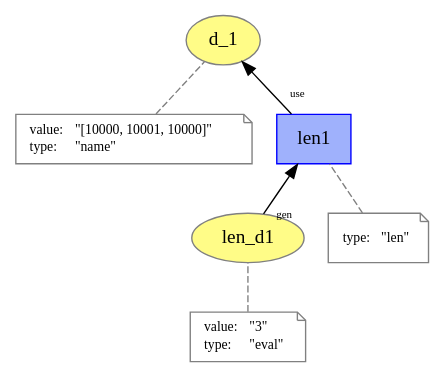
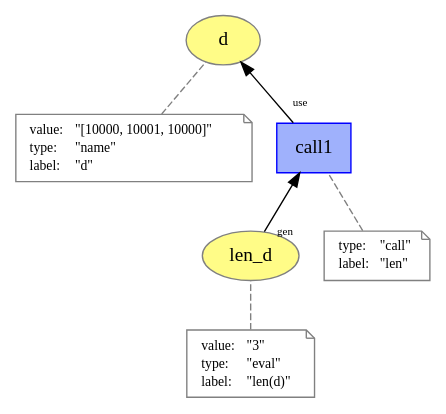
One commit to dew-uff/versioned-prov changed the diagram in plain_prov/call.dot. Above: the diagram before and after it, drawn with Graphviz. The commit also changed 51 other files, not shown here.

```diff
--- a/plain_prov/call.dot
+++ b/plain_prov/call.dot
@@ -1,36 +1,48 @@
 digraph "PROV" { size="16,12"; rankdir="BT";
-"http://example.org/d_1" [fillcolor="#FFFC87",color="#808080",style="filled",label="d_1",URL="http://example.org/d_1"]
+"http://example.org/d" [fillcolor="#FFFC87",color="#808080",style="filled",label="d",URL="http://example.org/d"]
 "-attrs0" [color="gray",shape="note",fontsize="10",fontcolor="black",label=<<TABLE cellpadding="0" border="0">
 	<TR>
 	    <TD align="left">value:</TD>
 	    <TD align="left">&quot;[10000, 10001, 10000]&quot;</TD>
 	</TR>
 	<TR>
 	    <TD align="left">type:</TD>
 	    <TD align="left">&quot;name&quot;</TD>
 	</TR>
+	<TR>
+	    <TD align="left">label:</TD>
+	    <TD align="left">&quot;d&quot;</TD>
+	</TR>
 </TABLE>>]
-"-attrs0" -> "http://example.org/d_1" [color="gray",style="dashed",arrowhead="none"]
-"http://example.org/len_d1" [fillcolor="#FFFC87",color="#808080",style="filled",label="len_d1",URL="http://example.org/len_d1"]
+"-attrs0" -> "http://example.org/d" [color="gray",style="dashed",arrowhead="none"]
+"http://example.org/len_d" [fillcolor="#FFFC87",color="#808080",style="filled",label="len_d",URL="http://example.org/len_d"]
 "-attrs1" [color="gray",shape="note",fontsize="10",fontcolor="black",label=<<TABLE cellpadding="0" border="0">
 	<TR>
 	    <TD align="left">value:</TD>
 	    <TD align="left">&quot;3&quot;</TD>
 	</TR>
 	<TR>
 	    <TD align="left">type:</TD>
 	    <TD align="left">&quot;eval&quot;</TD>
 	</TR>
+	<TR>
+	    <TD align="left">label:</TD>
+	    <TD align="left">&quot;len(d)&quot;</TD>
+	</TR>
 </TABLE>>]
-"-attrs1" -> "http://example.org/len_d1" [color="gray",style="dashed",arrowhead="none"]
-"http://example.org/len1" [fillcolor="#9FB1FC",color="#0000FF",shape="polygon",sides="4",style="filled",label="len1",URL="http://example.org/len1"]
+"-attrs1" -> "http://example.org/len_d" [color="gray",style="dashed",arrowhead="none"]
+"http://example.org/call1" [fillcolor="#9FB1FC",color="#0000FF",shape="polygon",sides="4",style="filled",label="call1",URL="http://example.org/call1"]
 "-attrs2" [color="gray",shape="note",fontsize="10",fontcolor="black",label=<<TABLE cellpadding="0" border="0">
 	<TR>
 	    <TD align="left">type:</TD>
+	    <TD align="left">&quot;call&quot;</TD>
+	</TR>
+	<TR>
+	    <TD align="left">label:</TD>
 	    <TD align="left">&quot;len&quot;</TD>
 	</TR>
 </TABLE>>]
-"-attrs2" -> "http://example.org/len1" [color="gray",style="dashed",arrowhead="none"]
-"http://example.org/len1" -> "http://example.org/d_1" [labelfontsize="8",labeldistance="1.5",labelangle="60.0",rotation="20",taillabel="use"]
-"http://example.org/len_d1" -> "http://example.org/len1" [labelfontsize="8",labeldistance="1.5",labelangle="60.0",rotation="20",taillabel="gen"]
+"-attrs2" -> "http://example.org/call1" [color="gray",style="dashed",arrowhead="none"]
+"http://example.org/call1" -> "http://example.org/d" [labelfontsize="8",labeldistance="1.5",labelangle="60.0",rotation="20",taillabel="use"]
+"http://example.org/len_d" -> "http://example.org/call1" [labelfontsize="8",labeldistance="1.5",labelangle="60.0",rotation="20",taillabel="gen"]
 }
```
